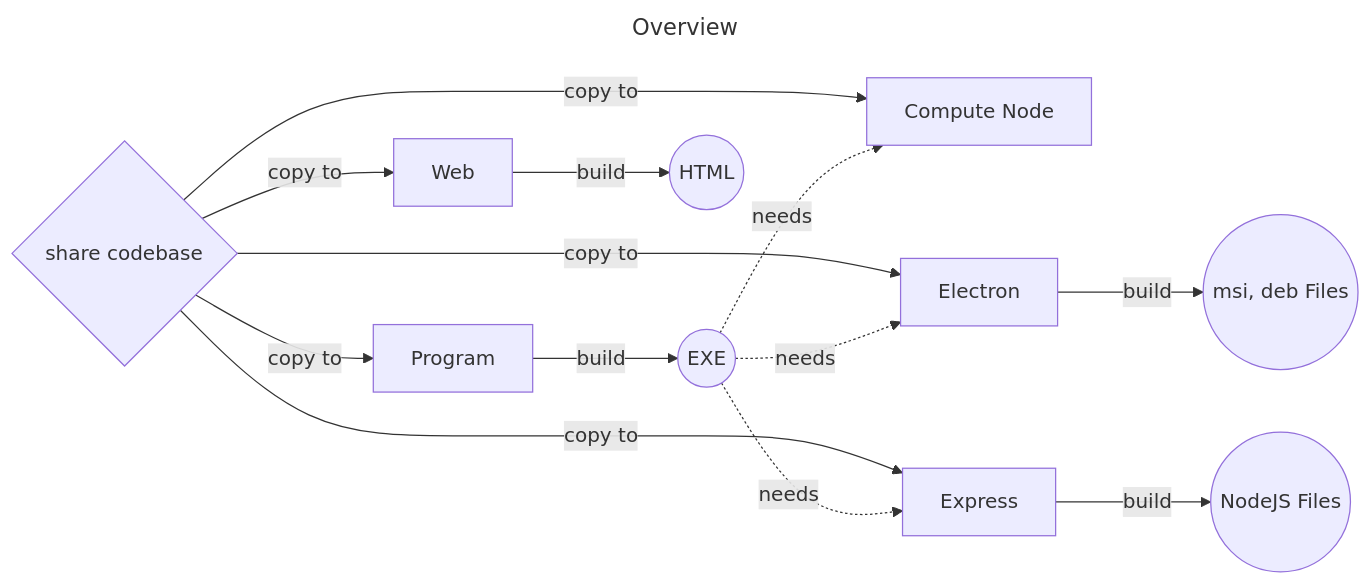
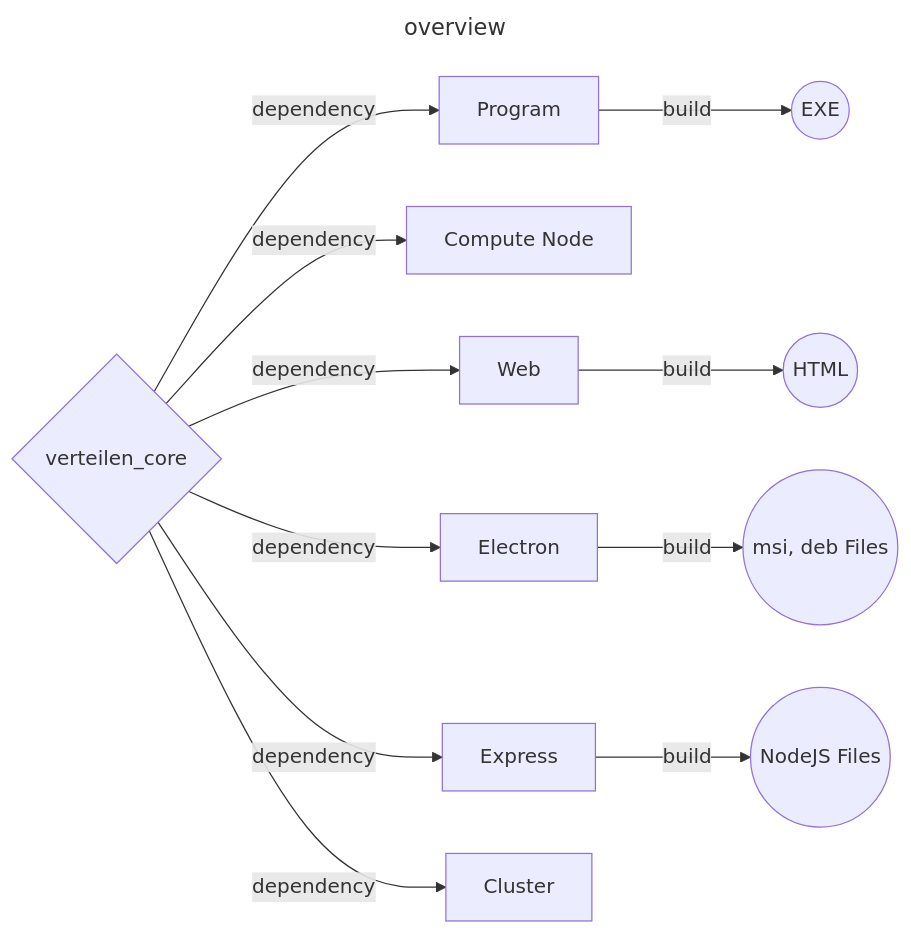
Before and after one commit to Verteilen/wiki: the first of 2 diagrams in docs/DEV/structure.en.md, drawn with Mermaid. The commit also changed other lines of this file and 4 other files, not shown here.

````diff
--- a/docs/DEV/structure.en.md
+++ b/docs/DEV/structure.en.md
@@ -3,18 +3,16 @@
 ``` mermaid
 ---
-title: Overview
+title: overview
 ---
 graph LR
-    A{share codebase} -->|copy to| B[Program]
-    A -->|copy to| C[Compute Node]
-    A -->|copy to| D[Web]
-    A -->|copy to| E[Electron]
-    A -->|copy to| F[Express]
+    A{verteilen_core} -->|dependency| B[Program]
+    A -->|dependency| C[Compute Node]
+    A -->|dependency| D[Web]
+    A -->|dependency| E[Electron]
+    A -->|dependency| F[Express]
+    A -->|dependency| K[Cluster]
     B -->|build| G((EXE))
-    G -.->|needs| C
-    G -.->|needs| E
-    G -.->|needs| F
     D -->|build| H((HTML))
     E -->|build| I((msi, deb Files))
     F -->|build| J((NodeJS Files))
 ```
````
